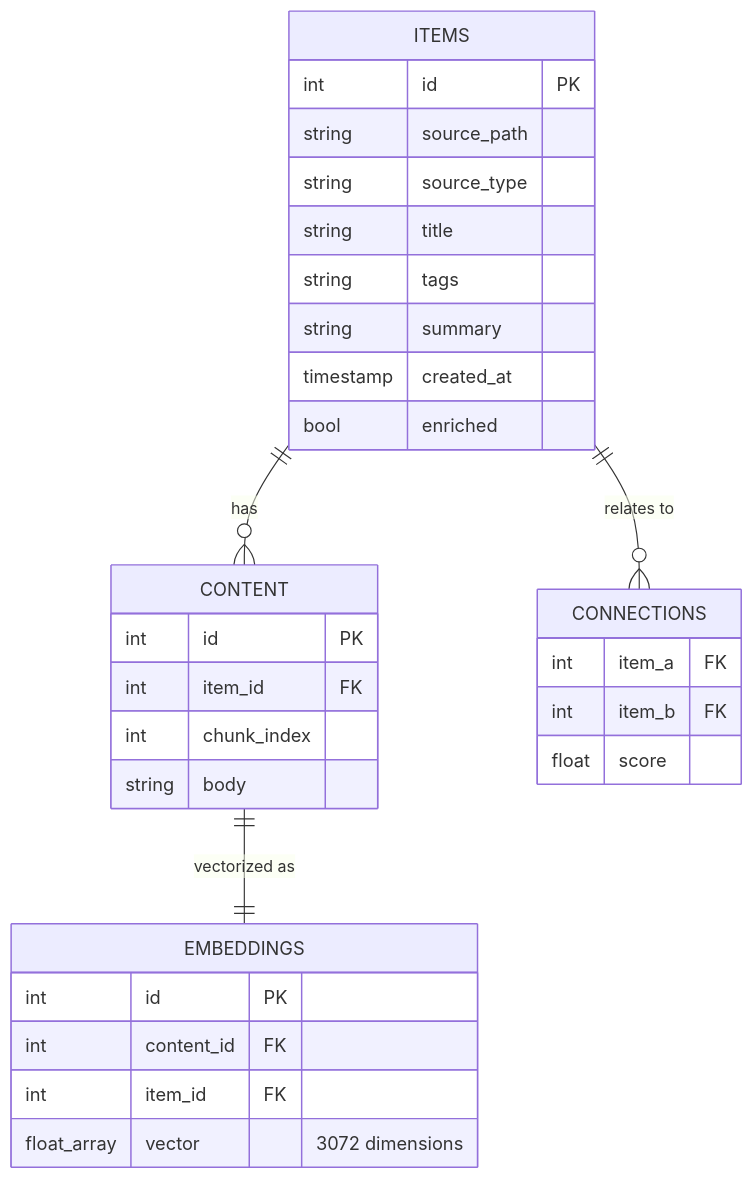
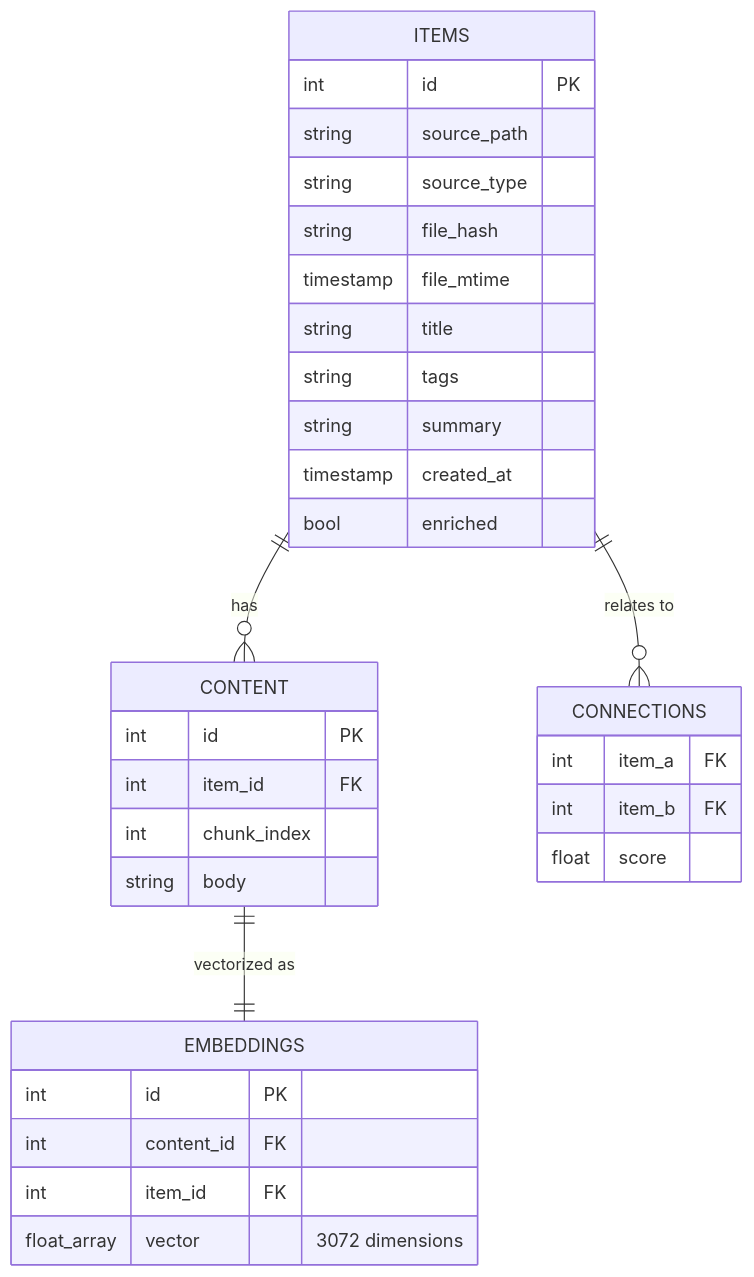
Before and after one commit to dvdudc/hackudc: the diagram in docs/technical_documentation.md, drawn with Mermaid. The commit also changed other lines of this file, not shown here.

````diff
--- a/docs/technical_documentation.md
+++ b/docs/technical_documentation.md
@@ -47,37 +55,39 @@
 ```mermaid
 erDiagram
     ITEMS ||--o{ CONTENT : "has"
     CONTENT ||--|| EMBEDDINGS : "vectorized as"
     ITEMS ||--o{ CONNECTIONS : "relates to"
 
     ITEMS {
         int id PK
         string source_path
         string source_type
+        string file_hash
+        timestamp file_mtime
         string title
         string tags
         string summary
         timestamp created_at
         bool enriched
     }
 
     CONTENT {
         int id PK
         int item_id FK
         int chunk_index
         string body
     }
 
     EMBEDDINGS {
         int id PK
         int content_id FK
         int item_id FK
         float_array vector "3072 dimensions"
     }
 
     CONNECTIONS {
         int item_a FK
         int item_b FK
         float score
     }
 ```
````
